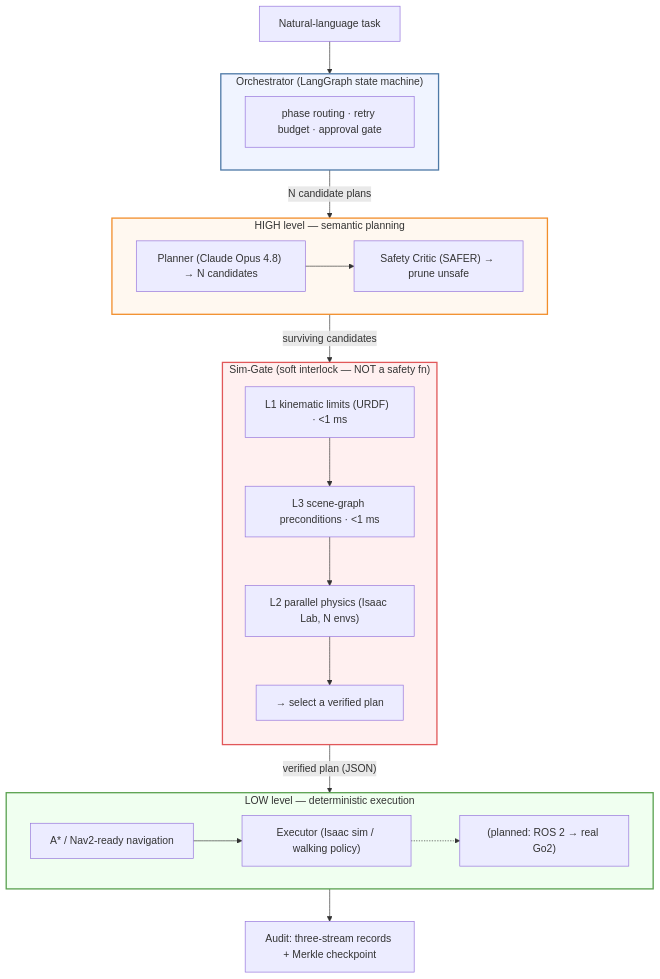
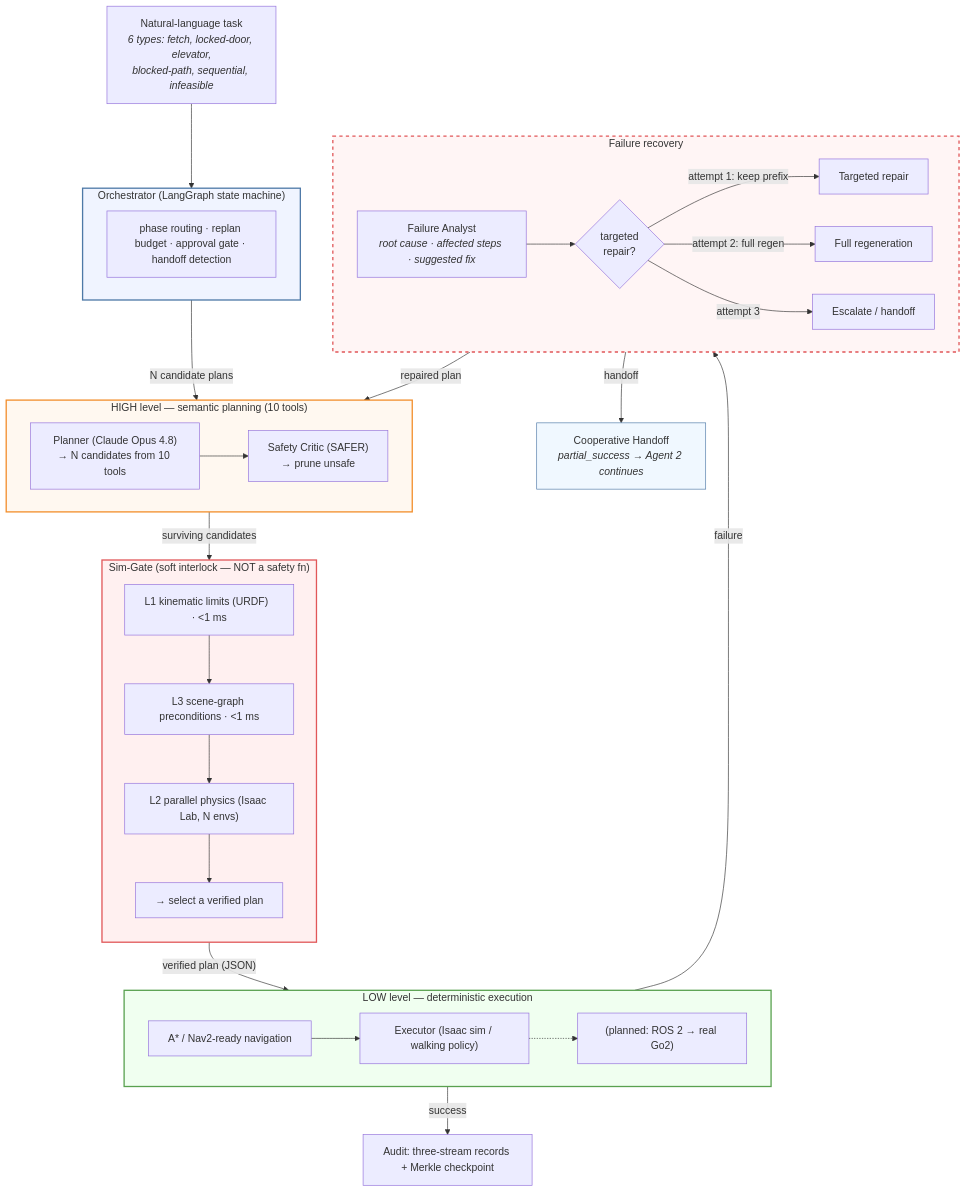
One commit to waynehacking8/physgate changed the diagram in README.md. Above: the diagram before and after it, drawn with Mermaid. The commit also changed other lines of this file and 4 other files, not shown here.

First line of the commit message:
docs: publication-quality README with new GIFs and architecture diagram

````diff
--- a/README.md
+++ b/README.md
@@ -85,47 +101,63 @@
 ```mermaid
 flowchart TD
-    task["Natural-language task"]
+    task["Natural-language task<br/><i>6 types: fetch, locked-door, elevator,<br/>blocked-path, sequential, infeasible</i>"]
 
     subgraph orch ["Orchestrator (LangGraph state machine)"]
         direction LR
-        orch_detail["phase routing · retry budget · approval gate"]
+        orch_detail["phase routing · replan budget · approval gate · handoff detection"]
     end
 
-    subgraph high ["HIGH level — semantic planning"]
+    subgraph high ["HIGH level — semantic planning (10 tools)"]
         direction LR
-        planner["Planner (Claude Opus 4.8) → N candidates"]
-        critic["Safety Critic (SAFER) → prune unsafe"]
+        planner["Planner (Claude Opus 4.8)<br/>→ N candidates from 10 tools"]
+        critic["Safety Critic (SAFER)<br/>→ prune unsafe"]
         planner --> critic
     end
 
     subgraph gate ["Sim-Gate (soft interlock — NOT a safety fn)"]
         direction TB
         l1["L1 kinematic limits (URDF)  · &lt;1 ms"]
         l3["L3 scene-graph preconditions · &lt;1 ms"]
         l2["L2 parallel physics (Isaac Lab, N envs)"]
         select["→ select a verified plan"]
         l1 --> l3 --> l2 --> select
     end
 
     subgraph low ["LOW level — deterministic execution"]
         direction LR
         nav["A* / Nav2-ready navigation"]
         exec["Executor (Isaac sim / walking policy)"]
         ros["(planned: ROS 2 → real Go2)"]
         nav --> exec
         exec -.-> ros
     end
 
+    subgraph recovery ["Failure recovery"]
+        direction LR
+        analyst["Failure Analyst<br/><i>root cause · affected steps · suggested fix</i>"]
+        strategy{"targeted<br/>repair?"}
+        analyst --> strategy
+        strategy -->|"attempt 1: keep prefix"| targeted["Targeted repair"]
+        strategy -->|"attempt 2: full regen"| regen["Full regeneration"]
+        strategy -->|"attempt 3"| escalate["Escalate / handoff"]
+    end
+
+    handoff["Cooperative Handoff<br/><i>partial_success → Agent 2 continues</i>"]
     audit["Audit: three-stream records + Merkle checkpoint"]
 
     task --> orch
     orch -->|"N candidate plans"| high
     high -->|"surviving candidates"| gate
     gate -->|"verified plan (JSON)"| low
-    low --> audit
+    low -->|"success"| audit
+    low -->|"failure"| recovery
+    recovery -->|"repaired plan"| high
+    recovery -->|"handoff"| handoff
 
     style orch fill:#f0f4ff,stroke:#4e79a7,stroke-width:2px
     style high fill:#fff8f0,stroke:#f28e2b,stroke-width:2px
     style gate fill:#fff0f0,stroke:#e15759,stroke-width:2px
     style low fill:#f0fff0,stroke:#59a14f,stroke-width:2px
+    style recovery fill:#fff5f5,stroke:#e15759,stroke-width:2px,stroke-dasharray: 5 5
+    style handoff fill:#f0f8ff,stroke:#4e79a7,stroke-width:1px
 ```
````
